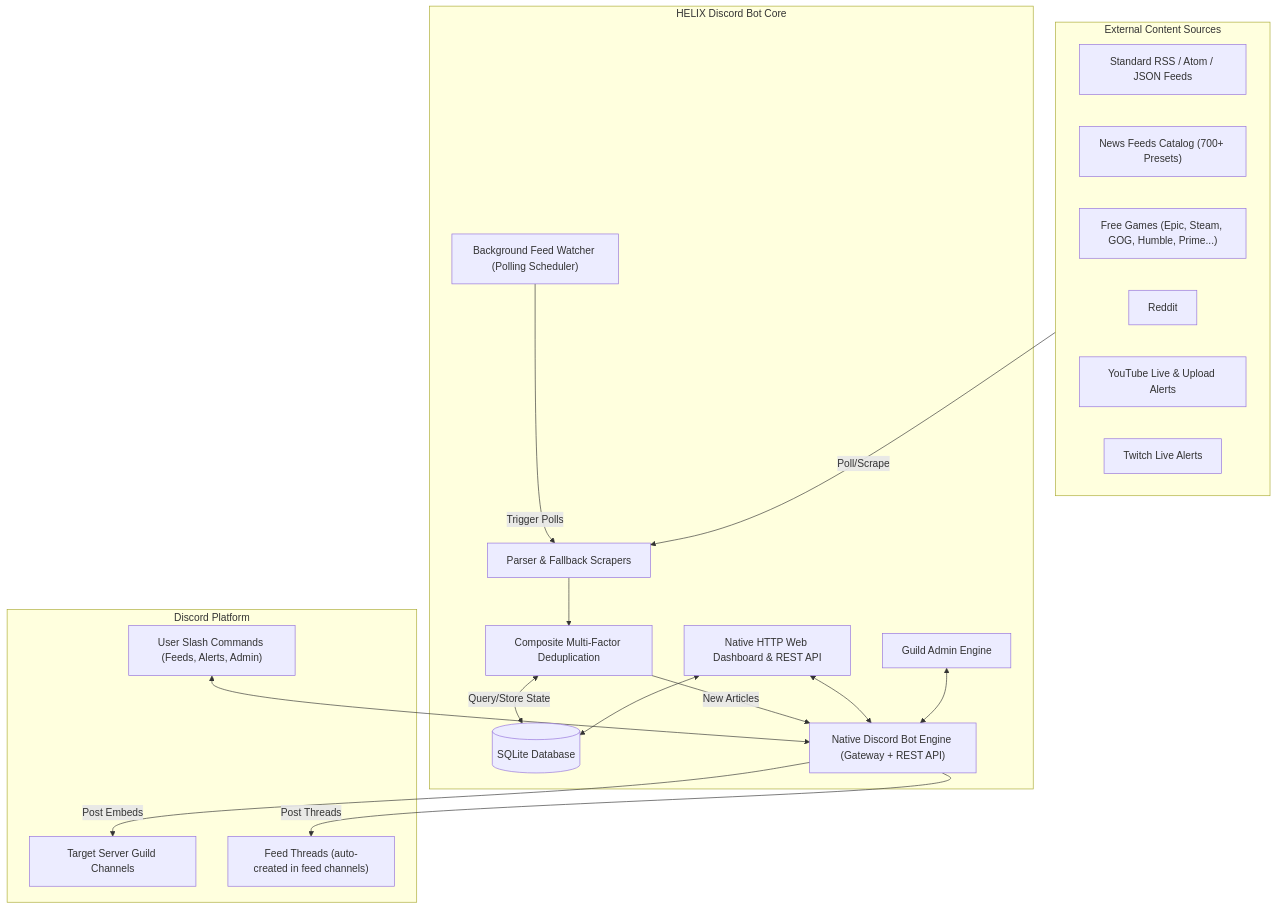
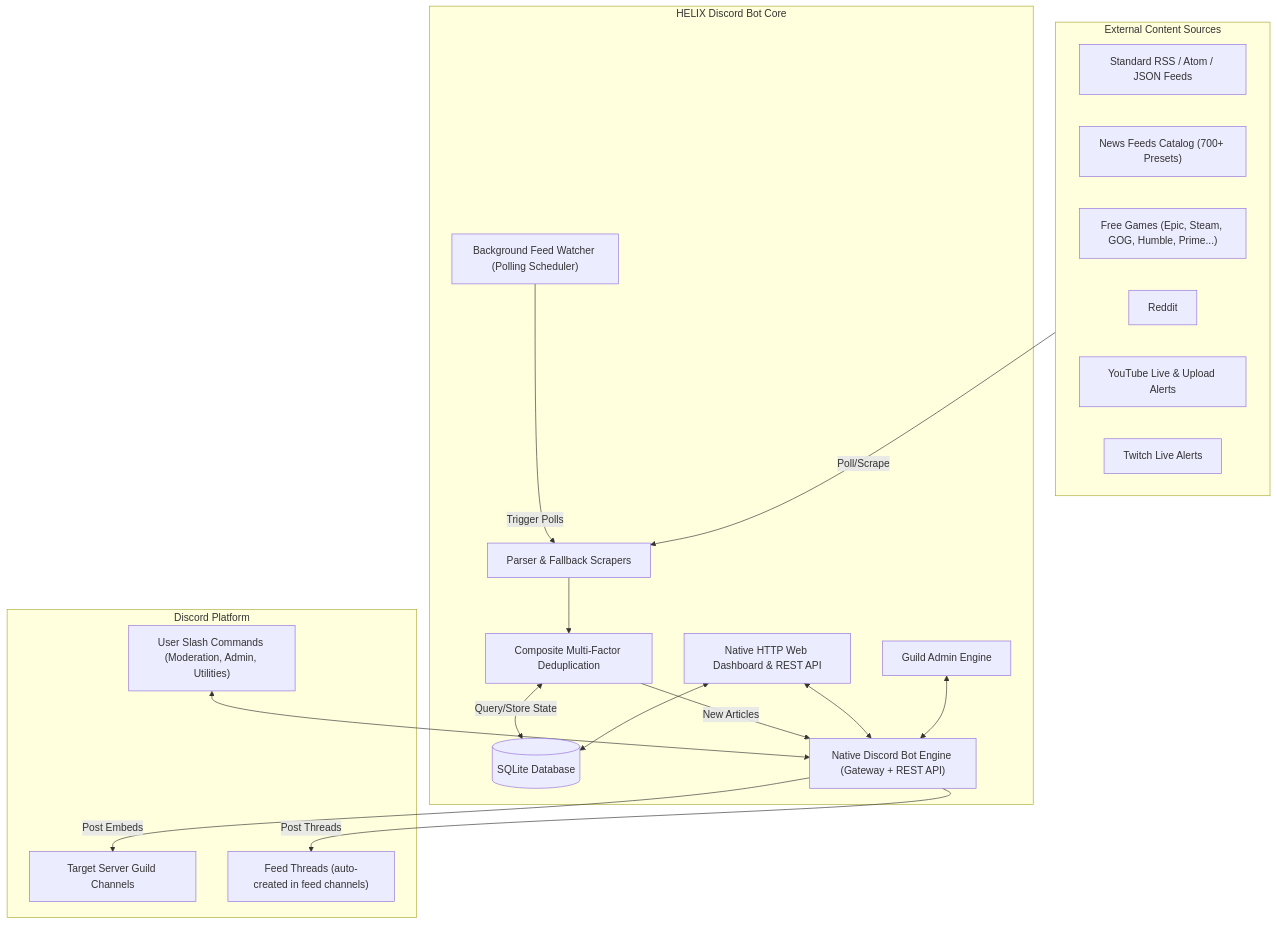
Before and after one commit to HELIX-Origin/HELIX-Discord-Bot: the diagram in docs/README.md, drawn with Mermaid. The commit also changed 13 other files, not shown here.

First line of the commit message:
docs: sync documentation, sample env, and dashboard with architecture updates

````diff
--- a/docs/README.md
+++ b/docs/README.md
@@ -33,39 +33,39 @@
 ```mermaid
 flowchart TD
     subgraph Sources["External Content Sources"]
         RSS["Standard RSS / Atom / JSON Feeds"]
         News["News Feeds Catalog (700+ Presets)"]
         Games["Free Games (Epic, Steam, GOG, Humble, Prime...)"]
         Social["Reddit"]
         YouTube["YouTube Live & Upload Alerts"]
         Twitch["Twitch Live Alerts"]
     end
 
     subgraph CoreEngine["HELIX Discord Bot Core"]
         Watcher["Background Feed Watcher (Polling Scheduler)"]
         Parser["Parser & Fallback Scrapers"]
         Dedup["Composite Multi-Factor Deduplication"]
         DB[("SQLite Database")]
         Bot["Native Discord Bot Engine (Gateway + REST API)"]
         Web["Native HTTP Web Dashboard & REST API"]
         Admin["Guild Admin Engine"]
     end
 
     subgraph Discord["Discord Platform"]
         Channels["Target Server Guild Channels"]
         Threads["Feed Threads (auto-created in feed channels)"]
-        SlashCmd["User Slash Commands (Feeds, Alerts, Admin)"]
+        SlashCmd["User Slash Commands (Moderation, Admin, Utilities)"]
     end
 
     Sources -->|Poll/Scrape| Parser
     Watcher -->|Trigger Polls| Parser
     Parser --> Dedup
     Dedup <-->|Query/Store State| DB
     Dedup -->|New Articles| Bot
     Bot -->|Post Embeds| Channels
     Bot -->|Post Threads| Threads
     SlashCmd <--> Bot
     Web <--> DB
     Web <--> Bot
     Admin <--> Bot
 ```
````
